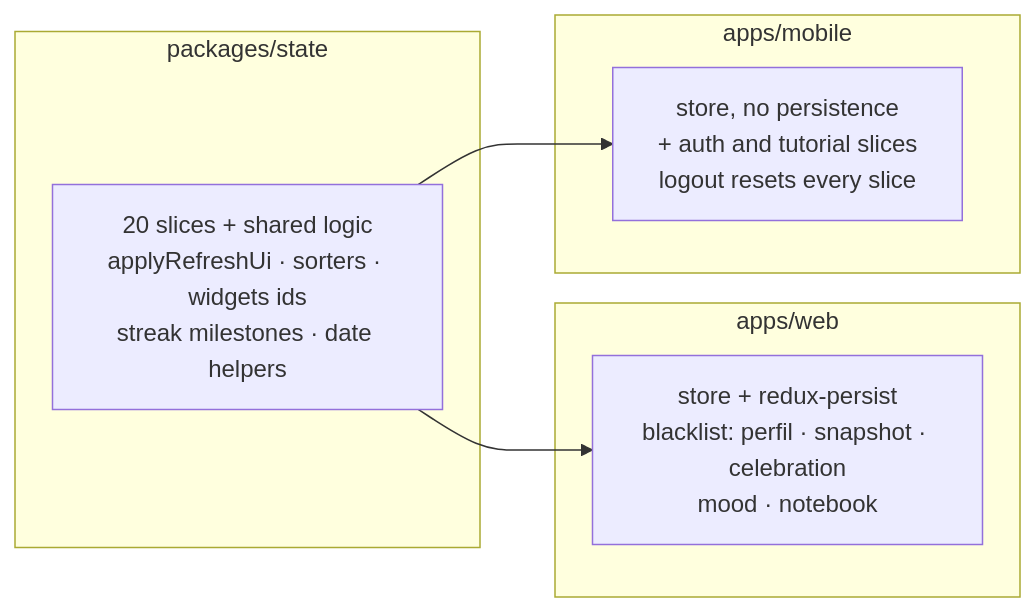
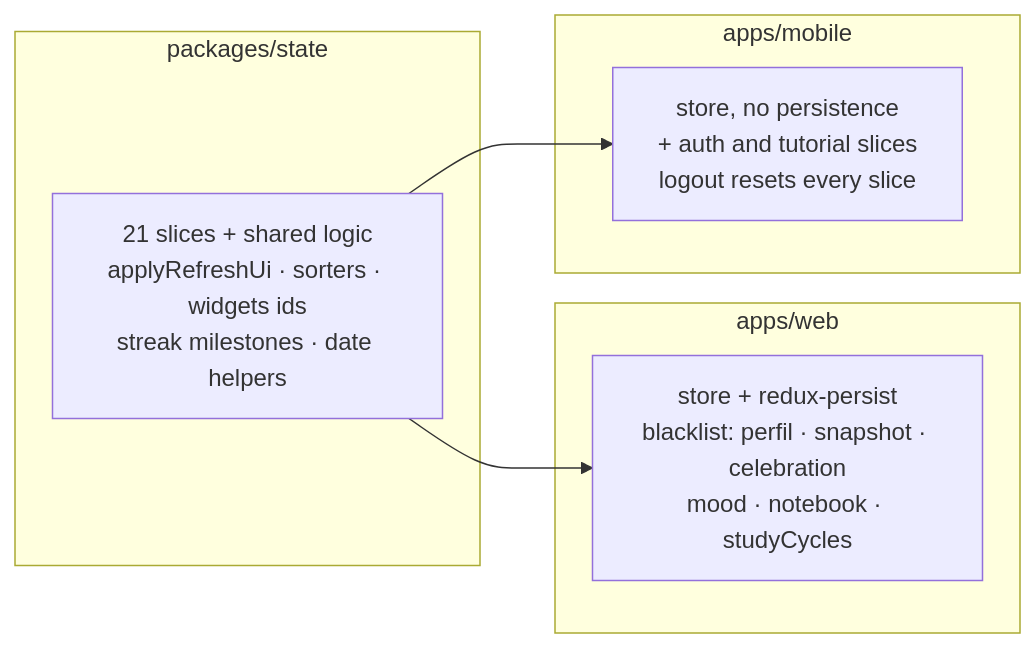
Before and after one commit to AndDev741/Beyou-arch-design: the first of 2 diagrams in architecture/redux-data/en.md, drawn with Mermaid. The commit also changed other lines of this file and 33 other files, not shown here.

````diff
--- a/architecture/redux-data/en.md
+++ b/architecture/redux-data/en.md
@@ -12,17 +12,17 @@
 ```mermaid
 flowchart LR
   subgraph pkg["packages/state"]
-    SLICES["20 slices + shared logic<br/>applyRefreshUi · sorters · widgets ids<br/>streak milestones · date helpers"]
+    SLICES["21 slices + shared logic<br/>applyRefreshUi · sorters · widgets ids<br/>streak milestones · date helpers"]
   end
 
   subgraph web["apps/web"]
-    WSTORE["store + redux-persist<br/>blacklist: perfil · snapshot · celebration<br/>mood · notebook"]
+    WSTORE["store + redux-persist<br/>blacklist: perfil · snapshot · celebration<br/>mood · notebook · studyCycles"]
   end
 
   subgraph mobile["apps/mobile"]
     MSTORE["store, no persistence<br/>+ auth and tutorial slices<br/>logout resets every slice"]
   end
 
   SLICES --> WSTORE
   SLICES --> MSTORE
 ```
````
